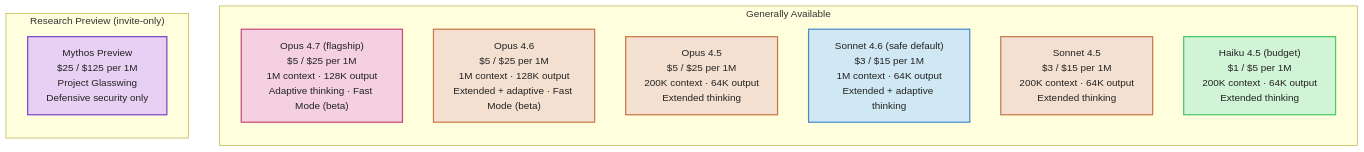
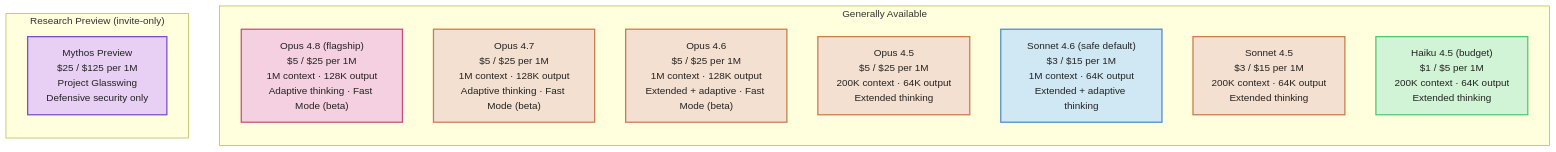
Before and after one commit to Sagargupta16/claude-cost-optimizer: the first of 5 diagrams in guides/diagrams.md, drawn with Mermaid. The commit also changed other lines of this file and 40 other files, not shown here.

````diff
--- a/guides/diagrams.md
+++ b/guides/diagrams.md
@@ -21,29 +21,30 @@
 ```mermaid
 flowchart TB
     subgraph GA["Generally Available"]
         direction TB
-        opus7["Opus 4.7 (flagship)<br/>$5 / $25 per 1M<br/>1M context · 128K output<br/>Adaptive thinking · Fast Mode (beta)"]
+        opus8["Opus 4.8 (flagship)<br/>$5 / $25 per 1M<br/>1M context · 128K output<br/>Adaptive thinking · Fast Mode (beta)"]
+        opus7["Opus 4.7<br/>$5 / $25 per 1M<br/>1M context · 128K output<br/>Adaptive thinking · Fast Mode (beta)"]
         opus6["Opus 4.6<br/>$5 / $25 per 1M<br/>1M context · 128K output<br/>Extended + adaptive · Fast Mode (beta)"]
         opus45["Opus 4.5<br/>$5 / $25 per 1M<br/>200K context · 64K output<br/>Extended thinking"]
         sonnet["Sonnet 4.6 (safe default)<br/>$3 / $15 per 1M<br/>1M context · 64K output<br/>Extended + adaptive thinking"]
         sonnet45["Sonnet 4.5<br/>$3 / $15 per 1M<br/>200K context · 64K output<br/>Extended thinking"]
         haiku["Haiku 4.5 (budget)<br/>$1 / $5 per 1M<br/>200K context · 64K output<br/>Extended thinking"]
     end
 
     subgraph RP["Research Preview (invite-only)"]
         direction TB
         mythos["Mythos Preview<br/>$25 / $125 per 1M<br/>Project Glasswing<br/>Defensive security only"]
     end
 
     classDef flagship fill:#f4d0e0,stroke:#c94a7a,stroke-width:2px,color:#222
     classDef snapshot fill:#f4e0d0,stroke:#c97a4a,color:#222
     classDef default fill:#d0e8f4,stroke:#4a8ac9,stroke-width:2px,color:#222
     classDef budget fill:#d0f4d5,stroke:#4ac96a,color:#222
     classDef preview fill:#e8d0f4,stroke:#7a4ac9,color:#222
 
-    class opus7 flagship
-    class opus6,opus45,sonnet45 snapshot
+    class opus8 flagship
+    class opus7,opus6,opus45,sonnet45 snapshot
     class sonnet default
     class haiku budget
     class mythos preview
 ```
````
